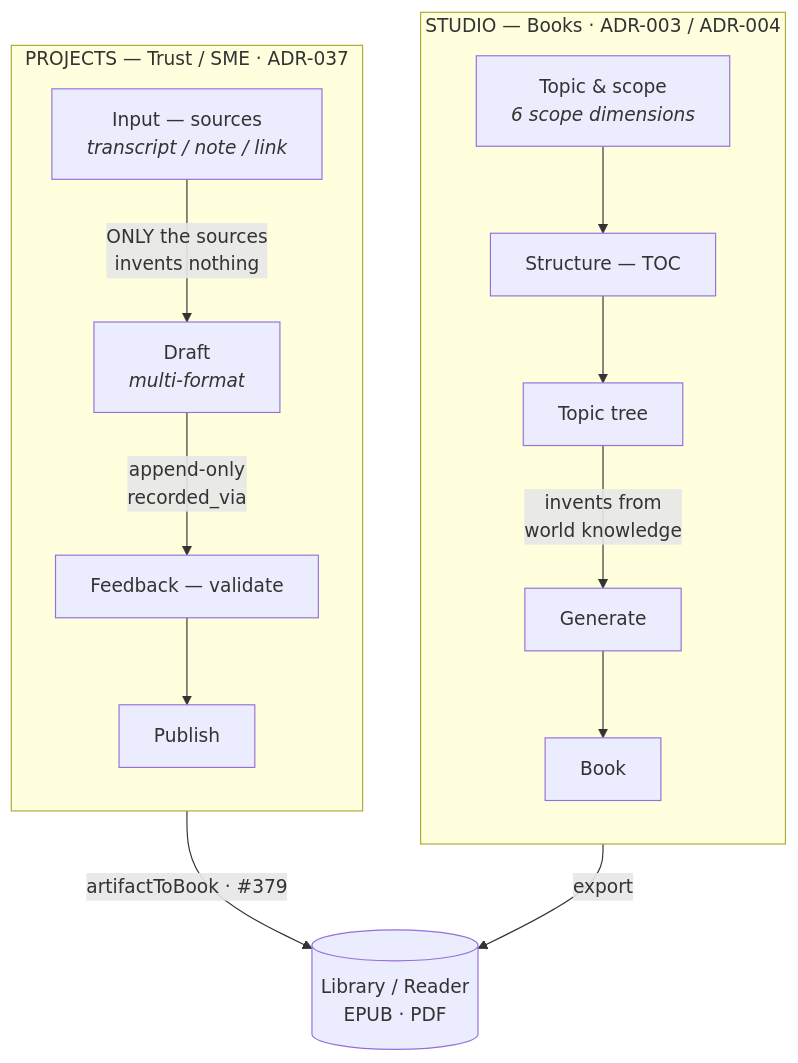
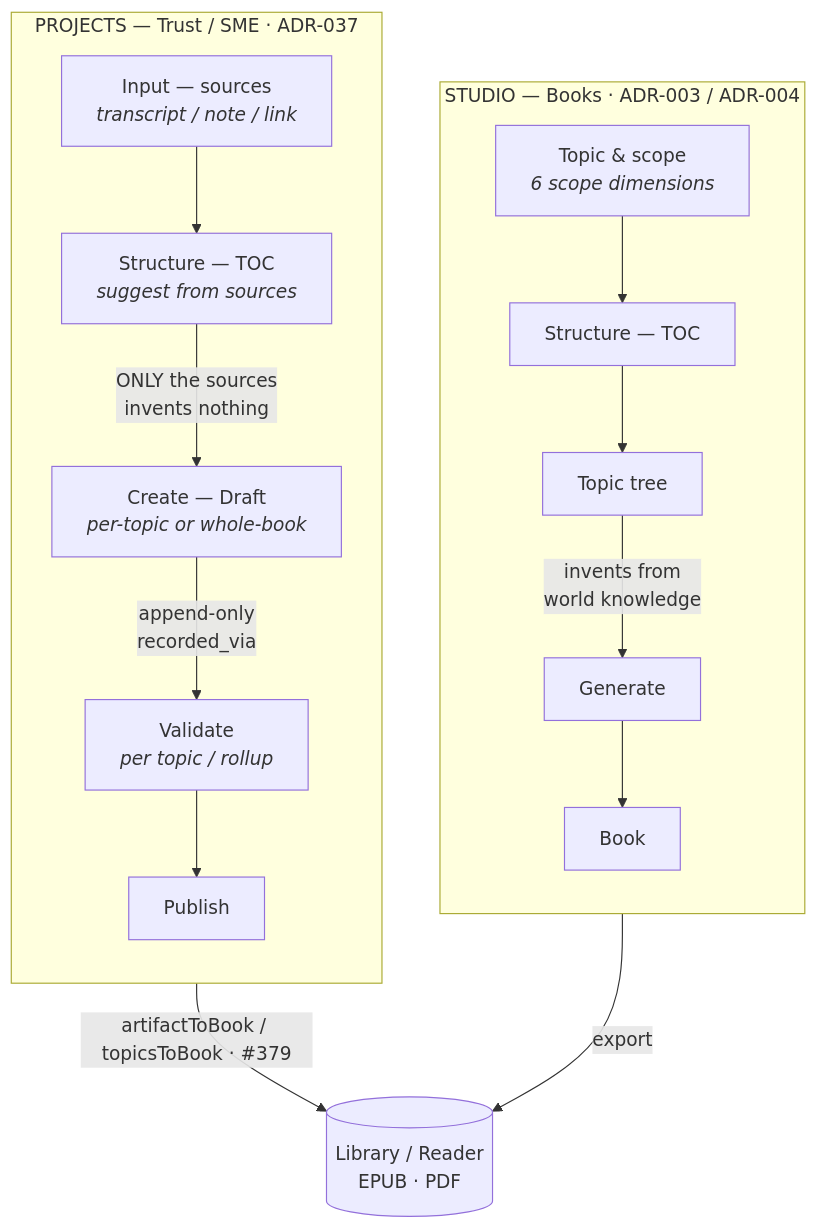
One commit to wegofwd2020-hub/Mentible changed the first of 2 diagrams in docs/studio-vs-projects.md. Above: the diagram before and after it, drawn with Mermaid. The commit also changed other lines of this file, not shown here.

First line of the commit message:
docs: update studio-vs-projects with per-topic/whole-book drafts, diagrams, provenance, re-skin (#408)

````diff
--- a/docs/studio-vs-projects.md
+++ b/docs/studio-vs-projects.md
@@ -20,17 +20,18 @@
 ```mermaid
 flowchart TB
   subgraph STUDIO["STUDIO — Books · ADR-003 / ADR-004"]
     direction TB
     S1["Topic &amp; scope<br/><i>6 scope dimensions</i>"] --> S2["Structure — TOC"] --> S3["Topic tree"]
     S3 -->|"invents from<br/>world knowledge"| S4["Generate"] --> S5["Book"]
   end
 
   subgraph PROJECTS["PROJECTS — Trust / SME · ADR-037"]
     direction TB
-    P1["Input — sources<br/><i>transcript / note / link</i>"] -->|"ONLY the sources<br/>invents nothing"| P2["Draft<br/><i>multi-format</i>"]
-    P2 -->|"append-only<br/>recorded_via"| P3["Feedback — validate"] --> P4["Publish"]
+    P1["Input — sources<br/><i>transcript / note / link</i>"] --> P1b["Structure — TOC<br/><i>suggest from sources</i>"]
+    P1b -->|"ONLY the sources<br/>invents nothing"| P2["Create — Draft<br/><i>per-topic or whole-book</i>"]
+    P2 -->|"append-only<br/>recorded_via"| P3["Validate<br/><i>per topic / rollup</i>"] --> P4["Publish"]
   end
 
   S5 -->|"export"| LIB[("Library / Reader<br/>EPUB · PDF")]
-  P4 -->|"artifactToBook · #379"| LIB
+  P4 -->|"artifactToBook / topicsToBook · #379"| LIB
 ```
````
